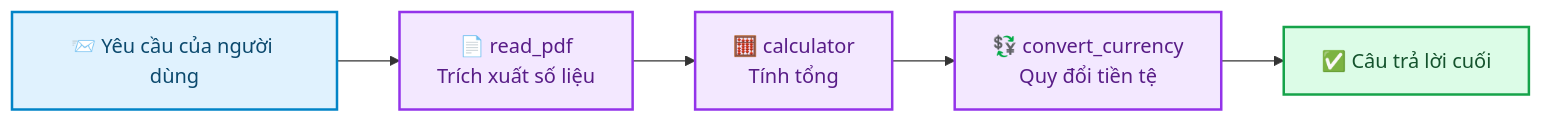
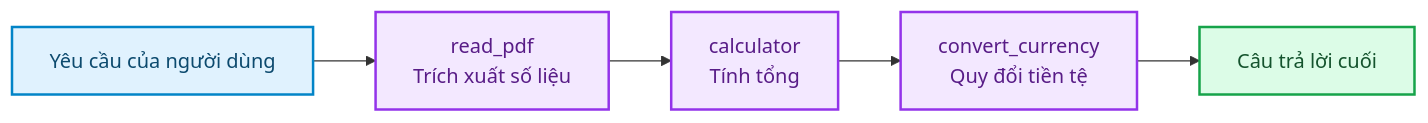
Before and after one commit to breslee1707/AI_AGENT_FROM_ZERO: the first of 3 diagrams in README.md, drawn with Mermaid. The commit also changed other lines of this file, not shown here.

````diff
--- a/README.md
+++ b/README.md
@@ -32,14 +34,14 @@
 ```mermaid
 flowchart LR
-    Q["📨 Yêu cầu của người dùng"] --> PDF["📄 read_pdf<br/>Trích xuất số liệu"]
-    PDF --> CALC["🧮 calculator<br/>Tính tổng"]
-    CALC --> FX["💱 convert_currency<br/>Quy đổi tiền tệ"]
-    FX --> A["✅ Câu trả lời cuối"]
+    Q["Yêu cầu của người dùng"] --> PDF["read_pdf<br/>Trích xuất số liệu"]
+    PDF --> CALC["calculator<br/>Tính tổng"]
+    CALC --> FX["convert_currency<br/>Quy đổi tiền tệ"]
+    FX --> A["Câu trả lời cuối"]
 
     classDef input fill:#E0F2FE,stroke:#0284C7,color:#0C4A6E,stroke-width:2px;
     classDef tool fill:#F3E8FF,stroke:#9333EA,color:#581C87,stroke-width:2px;
     classDef output fill:#DCFCE7,stroke:#16A34A,color:#14532D,stroke-width:2px;
     class Q input;
     class PDF,CALC,FX tool;
     class A output;
 ```
````
